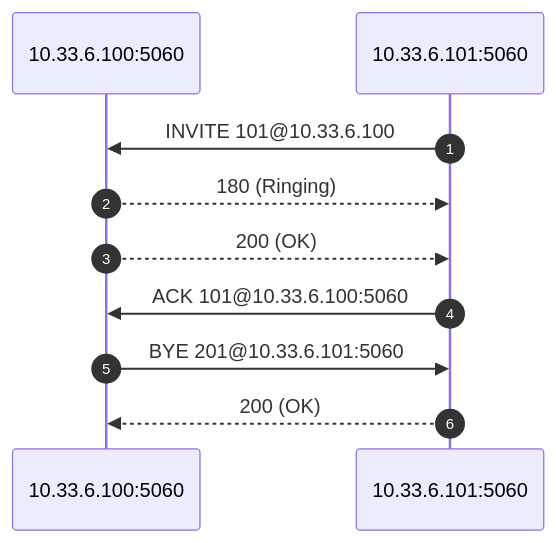
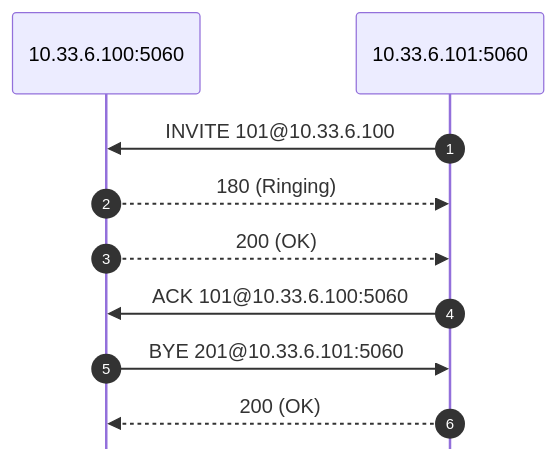
The diagram in README.md (mfurnival-star/pcap2mermaid), drawn with Mermaid before and after one commit. The commit also changed other lines of this file, not shown here.

````diff
--- a/README.md
+++ b/README.md
@@ -116,12 +118,13 @@
 ```mermaid
+%%{init: { "sequence": { "mirrorActors": false } }}%%
 sequenceDiagram
     autonumber
     participant A as 10.33.6.100:5060
     participant B as 10.33.6.101:5060
     B->>A: INVITE 101@10.33.6.100
     A-->>B: 180 (Ringing)
     A-->>B: 200 (OK)
     B->>A: ACK 101@10.33.6.100:5060
     A->>B: BYE 201@10.33.6.101:5060
     B-->>A: 200 (OK)
 ```
````
